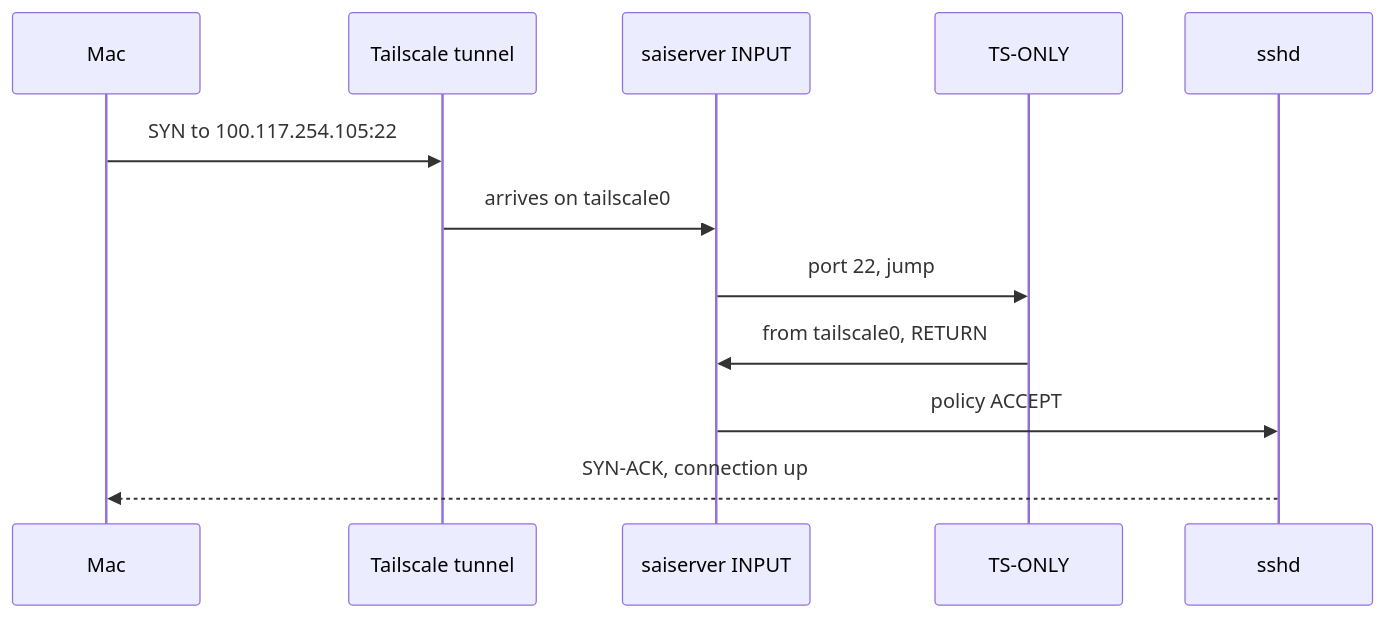
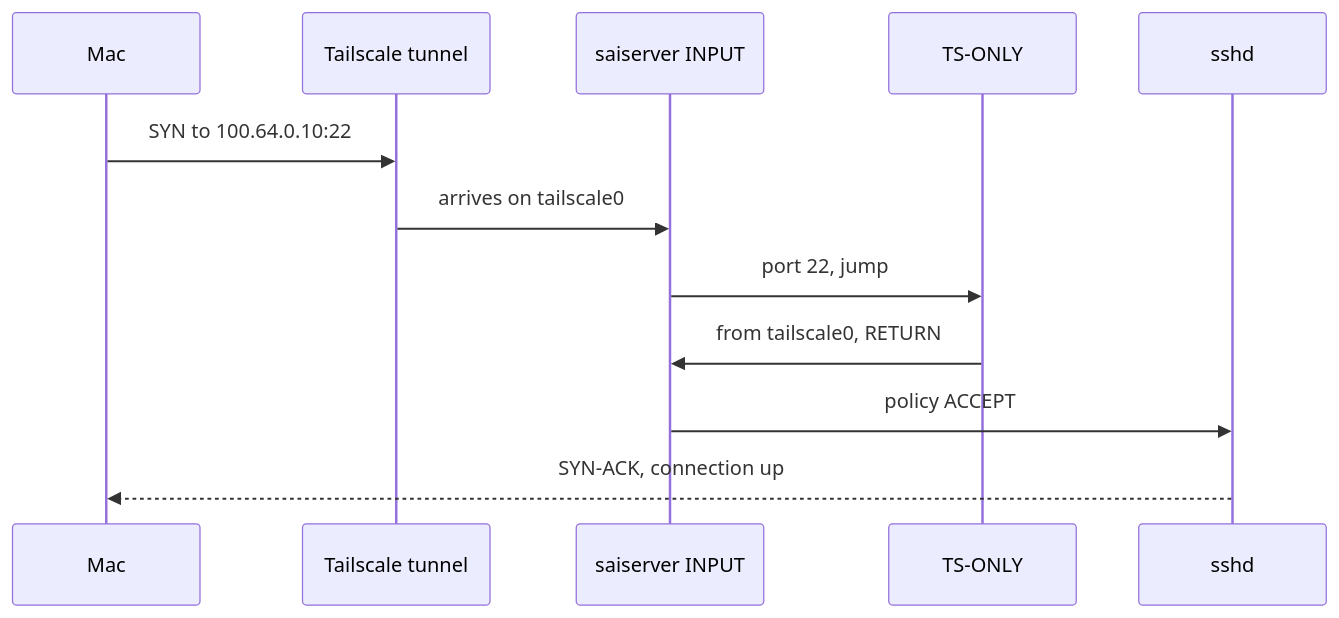
The eighth of 10 diagrams in knowledge-base/Concepts/Firewall/firewalls-explained.md (Tecurious/Tecurious-Infra), drawn with Mermaid before and after one commit. The commit also changed other lines of this file and 2 other files, not shown here.

````diff
--- a/knowledge-base/Concepts/Firewall/firewalls-explained.md
+++ b/knowledge-base/Concepts/Firewall/firewalls-explained.md
@@ -417,14 +417,14 @@
 ```mermaid
 sequenceDiagram
     participant M as Mac
     participant T as Tailscale tunnel
     participant I as saiserver INPUT
     participant C as TS-ONLY
     participant S as sshd
-    M->>T: SYN to 100.117.254.105:22
+    M->>T: SYN to 100.64.0.10:22
     T->>I: arrives on tailscale0
     I->>C: port 22, jump
     C->>I: from tailscale0, RETURN
     I->>S: policy ACCEPT
     S-->>M: SYN-ACK, connection up
 ```
````
